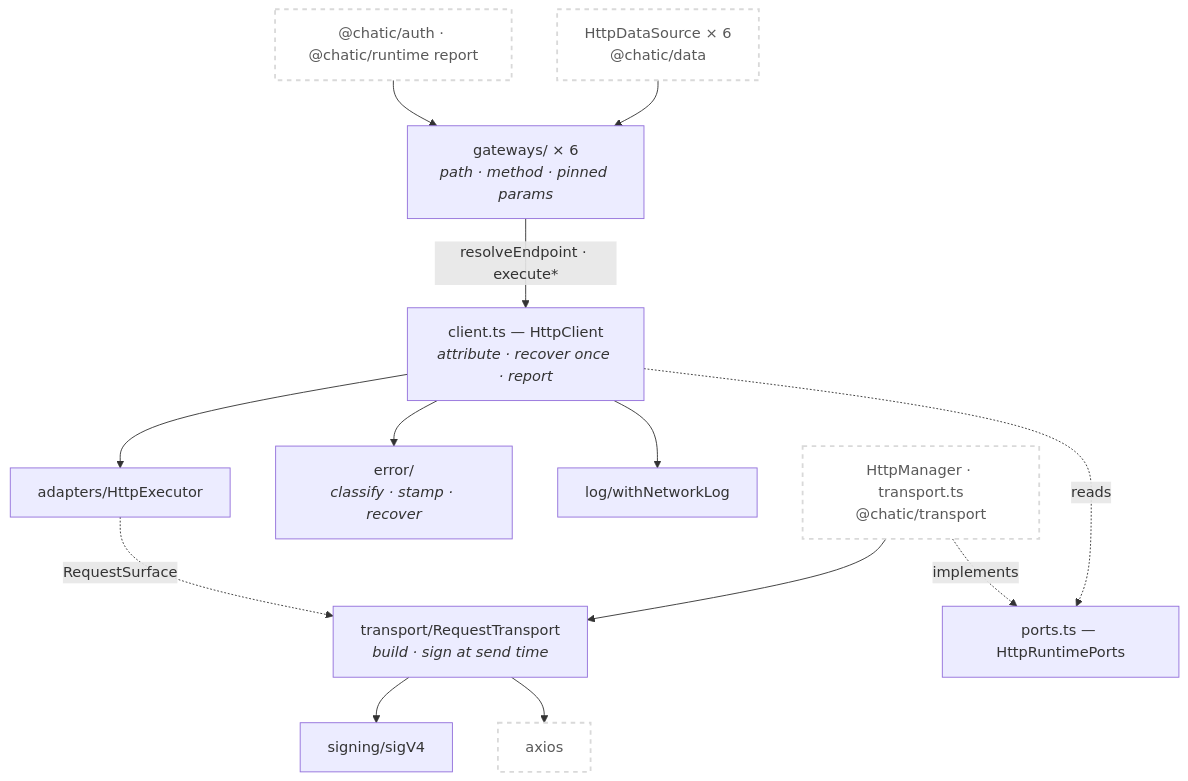
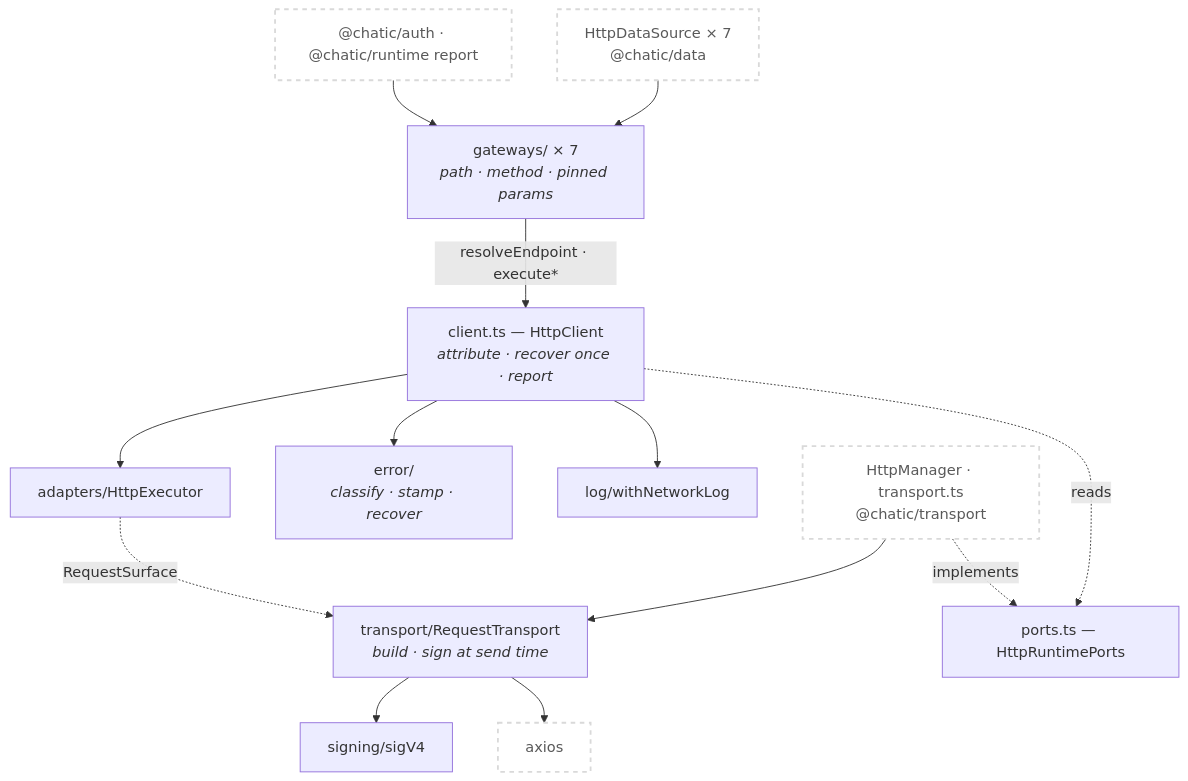
One commit to lemoncloud-io/dou-app changed the first of 2 diagrams in libs/http/README.md. Above: the diagram before and after it, drawn with Mermaid. The commit also changed other lines of this file and 26 other files, not shown here.

First line of the commit message:
feat(http,data,runtime): read and write a cloud's mini app list on the relay, not only its one link

````diff
--- a/libs/http/README.md
+++ b/libs/http/README.md
@@ -74,31 +74,31 @@
 ```mermaid
 flowchart TD
     classDef ext fill:#ffffff,stroke:#d9d9d9,stroke-width:2px,color:#595959,stroke-dasharray: 5 5;
 
-    DS["HttpDataSource × 6<br/>@chatic/data"]:::ext
+    DS["HttpDataSource × 7<br/>@chatic/data"]:::ext
     SA["@chatic/auth · @chatic/runtime report"]:::ext
     HM["HttpManager · transport.ts<br/>@chatic/transport"]:::ext
     AX["axios"]:::ext
 
-    GW["gateways/ × 6<br/><i>path · method · pinned params</i>"]
+    GW["gateways/ × 7<br/><i>path · method · pinned params</i>"]
     CL["client.ts — HttpClient<br/><i>attribute · recover once · report</i>"]
     ERR["error/<br/><i>classify · stamp · recover</i>"]
     LOG["log/withNetworkLog"]
     AD["adapters/HttpExecutor"]
     TR["transport/RequestTransport<br/><i>build · sign at send time</i>"]
     SG["signing/sigV4"]
     PORTS["ports.ts — HttpRuntimePorts"]
 
     DS --> GW
     SA --> GW
     GW -->|"resolveEndpoint · execute*"| CL
     CL --> ERR
     CL --> LOG
     CL --> AD
     CL -.->|"reads"| PORTS
     HM -.->|"implements"| PORTS
     HM --> TR
     AD -.->|"RequestSurface"| TR
     TR --> SG
     TR --> AX
 ```
````
